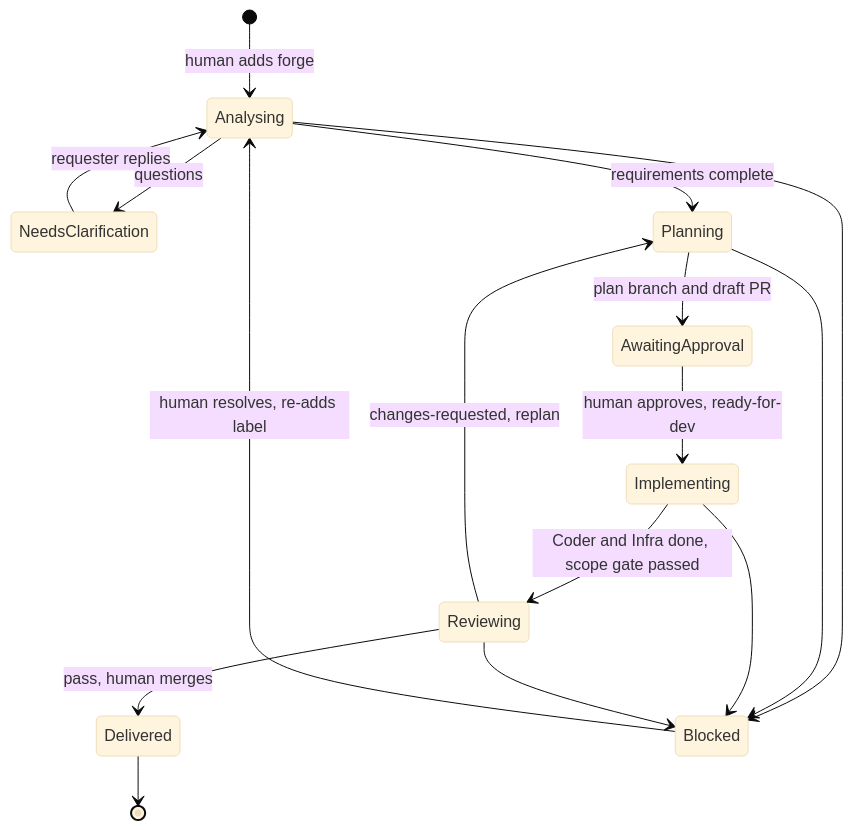
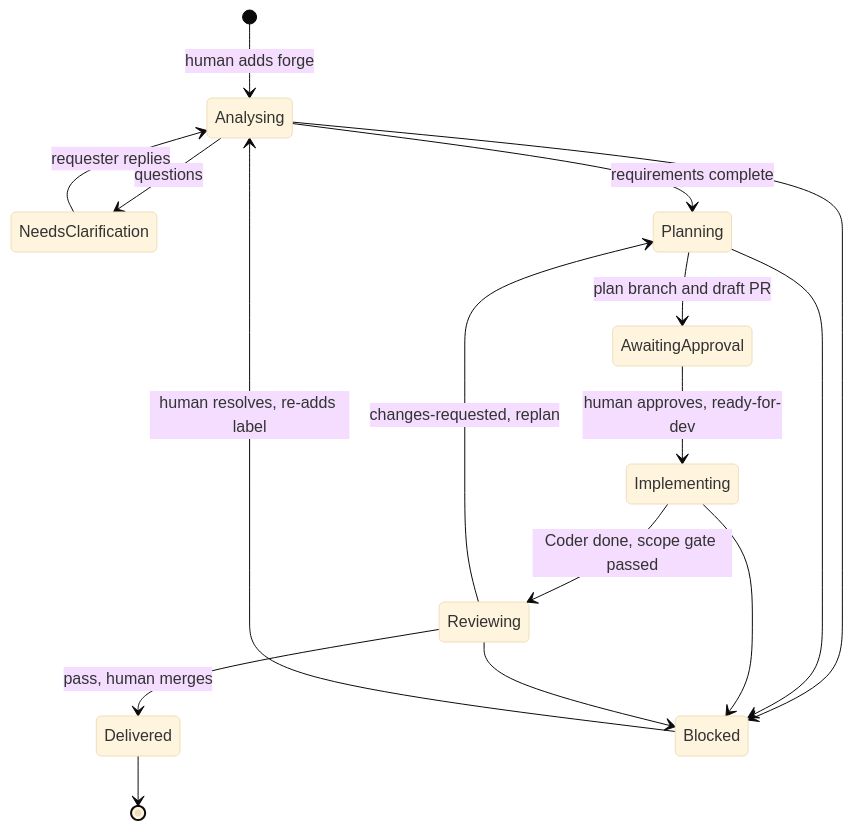
One commit to LuisiitoDev/agentic-forge changed the third of 3 diagrams in README.md. Above: the diagram before and after it, drawn with Mermaid (base theme). The commit also changed other lines of this file and 39 other files, not shown here.

First line of the commit message:
feat: remove the Infra agent from the SDLC flow, ADR-0023

````diff
--- a/README.md
+++ b/README.md
@@ -108,18 +104,18 @@
 ```mermaid
 stateDiagram-v2
     [*] --> Analysing: human adds forge
     Analysing --> NeedsClarification: questions
     NeedsClarification --> Analysing: requester replies
     Analysing --> Planning: requirements complete
     Planning --> AwaitingApproval: plan branch and draft PR
     AwaitingApproval --> Implementing: human approves, ready-for-dev
-    Implementing --> Reviewing: Coder and Infra done, scope gate passed
+    Implementing --> Reviewing: Coder done, scope gate passed
     Reviewing --> Delivered: pass, human merges
     Reviewing --> Planning: changes-requested, replan
     Analysing --> Blocked
     Planning --> Blocked
     Implementing --> Blocked
     Reviewing --> Blocked
     Blocked --> Analysing: human resolves, re-adds label
     Delivered --> [*]
 ```
````
